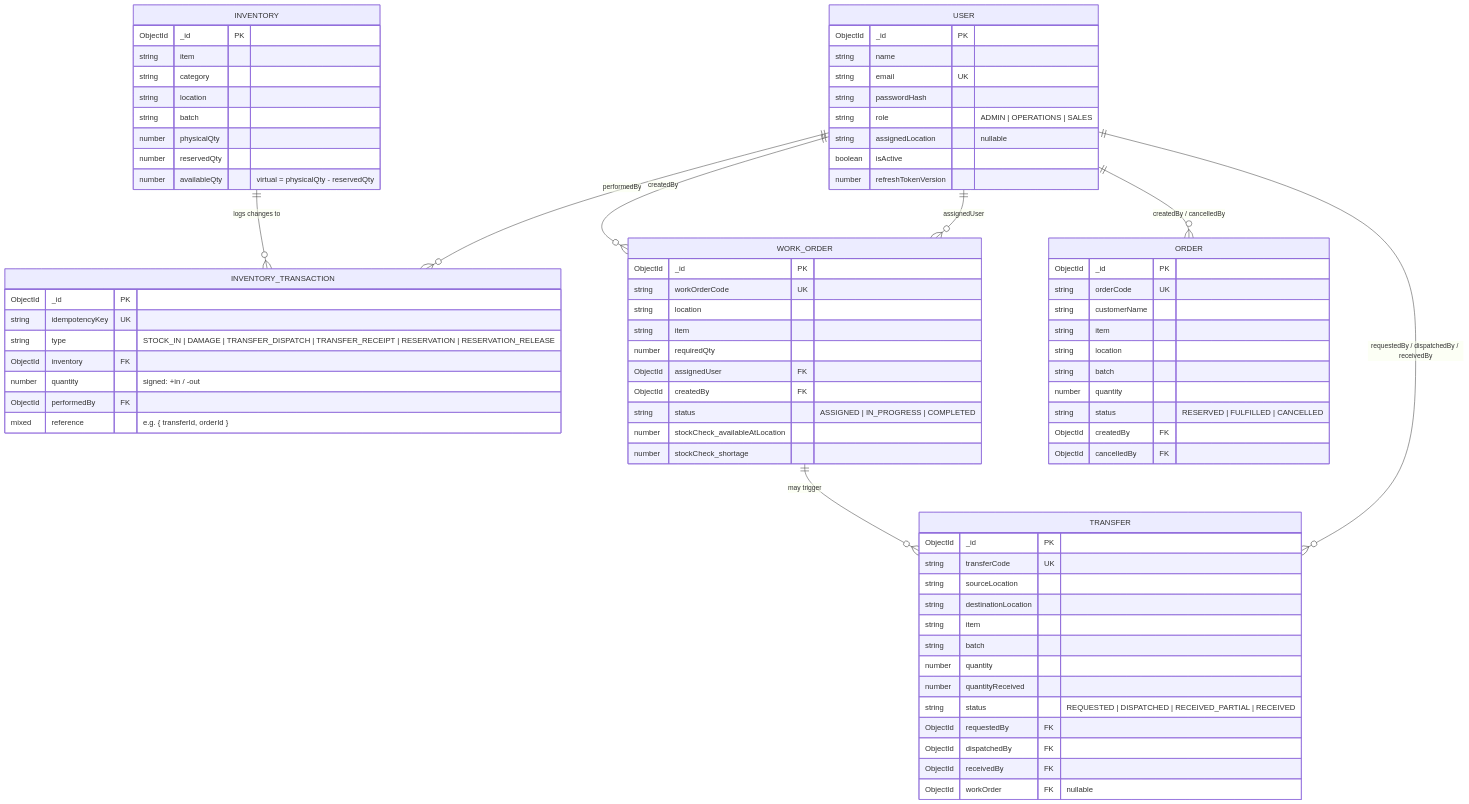
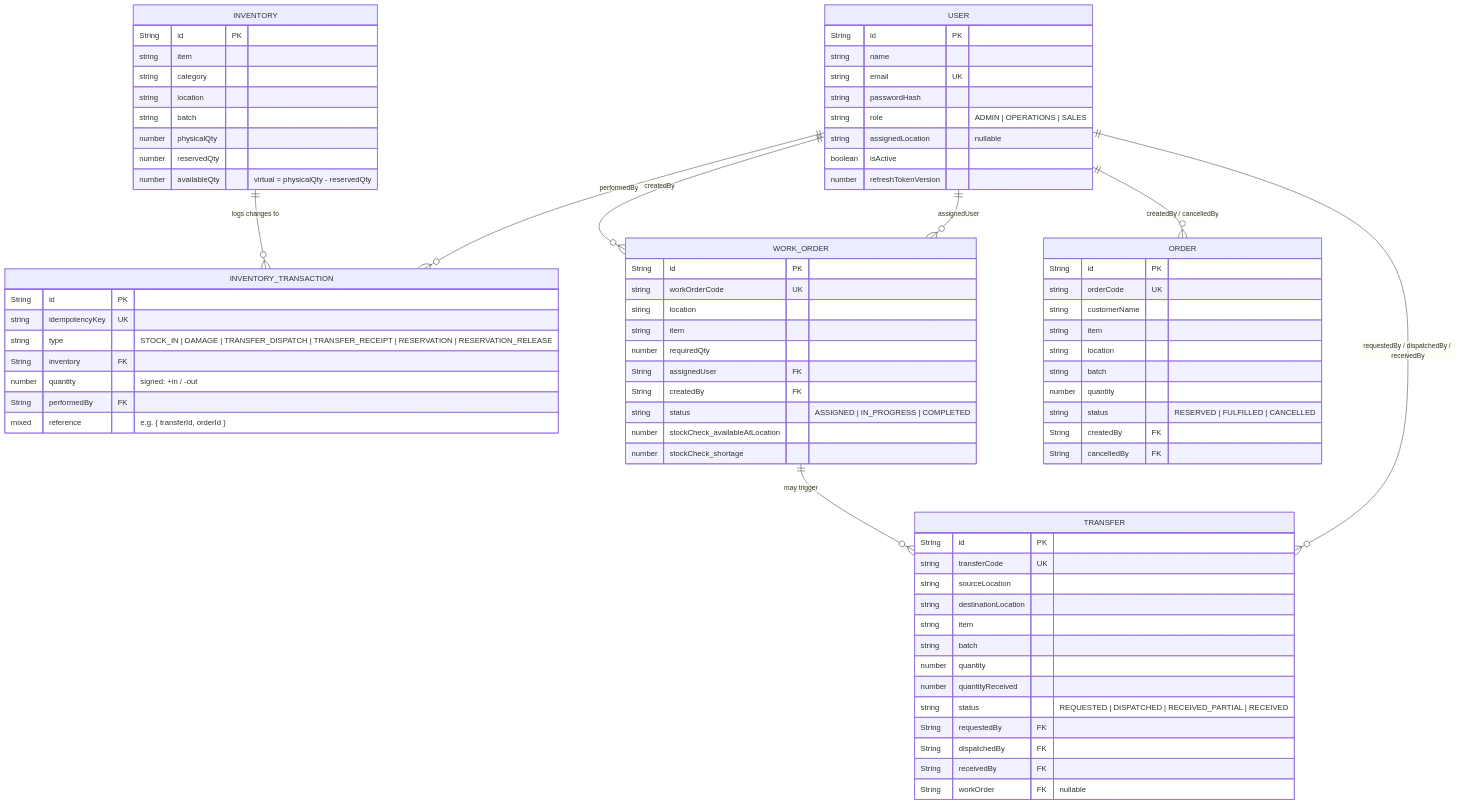
The diagram in ER-DIAGRAM.md (saisanthu07/OPS-ERP), drawn with Mermaid before and after one commit. The commit also changed other lines of this file and 34 other files, not shown here.

````diff
--- a/ER-DIAGRAM.md
+++ b/ER-DIAGRAM.md
@@ -3,7 +3,7 @@
 ```mermaid
 erDiagram
     USER {
-        ObjectId _id PK
+        String id PK
         string name
         string email UK
         string passwordHash
@@ -14,7 +14,7 @@
     }
 
     INVENTORY {
-        ObjectId _id PK
+        String id PK
         string item
         string category
         string location
@@ -25,30 +25,30 @@
     }
 
     INVENTORY_TRANSACTION {
-        ObjectId _id PK
+        String id PK
         string idempotencyKey UK
         string type "STOCK_IN | DAMAGE | TRANSFER_DISPATCH | TRANSFER_RECEIPT | RESERVATION | RESERVATION_RELEASE"
-        ObjectId inventory FK
+        String inventory FK
         number quantity "signed: +in / -out"
-        ObjectId performedBy FK
+        String performedBy FK
         mixed reference "e.g. { transferId, orderId }"
     }
 
     WORK_ORDER {
-        ObjectId _id PK
+        String id PK
         string workOrderCode UK
         string location
         string item
         number requiredQty
-        ObjectId assignedUser FK
-        ObjectId createdBy FK
+        String assignedUser FK
+        String createdBy FK
         string status "ASSIGNED | IN_PROGRESS | COMPLETED"
         number stockCheck_availableAtLocation
         number stockCheck_shortage
     }
 
     TRANSFER {
-        ObjectId _id PK
+        String id PK
         string transferCode UK
         string sourceLocation
         string destinationLocation
@@ -57,14 +57,14 @@
         number quantity
         number quantityReceived
         string status "REQUESTED | DISPATCHED | RECEIVED_PARTIAL | RECEIVED"
-        ObjectId requestedBy FK
-        ObjectId dispatchedBy FK
-        ObjectId receivedBy FK
-        ObjectId workOrder FK "nullable"
+        String requestedBy FK
+        String dispatchedBy FK
+        String receivedBy FK
+        String workOrder FK "nullable"
     }
 
     ORDER {
-        ObjectId _id PK
+        String id PK
         string orderCode UK
         string customerName
         string item
@@ -72,8 +72,8 @@
         string batch
         number quantity
         string status "RESERVED | FULFILLED | CANCELLED"
-        ObjectId createdBy FK
-        ObjectId cancelledBy FK
+        String createdBy FK
+        String cancelledBy FK
     }
 
     USER ||--o{ WORK_ORDER : "assignedUser"
````
